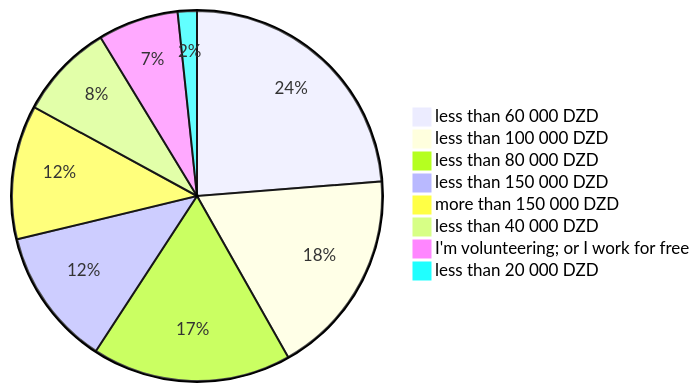
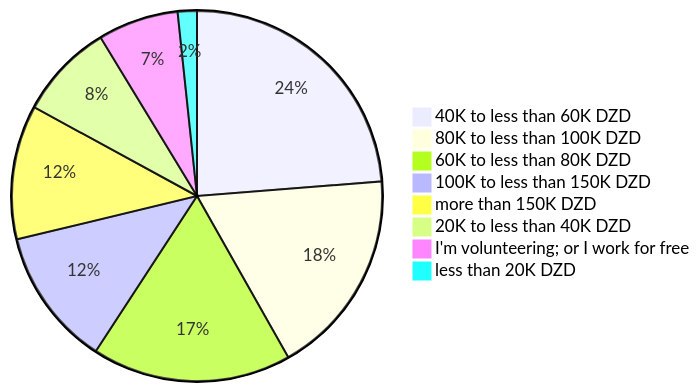
The first of 10 diagrams in website/docs/insights/remuneration.md (Fcmam5/state-of-dz-swe-2024), drawn with Mermaid before and after one commit. The commit also changed other lines of this file and 9 other files, not shown here.

````diff
--- a/website/docs/insights/remuneration.md
+++ b/website/docs/insights/remuneration.md
@@ -18,11 +18,11 @@
 ```mermaid
 pie
-    "less than 60 000 DZD" : 71
-    "less than 100 000 DZD" : 54
-    "less than 80 000 DZD" : 52
-    "less than 150 000 DZD" : 36
-    "more than 150 000 DZD" : 35
-    "less than 40 000 DZD" : 25
+    "40K to less than 60K DZD" : 71
+    "80K to less than 100K DZD" : 54
+    "60K to less than 80K DZD" : 52
+    "100K to less than 150K DZD" : 36
+    "more than 150K DZD" : 35
+    "20K to less than 40K DZD" : 25
     "I'm volunteering; or I work for free" : 21
-    "less than 20 000 DZD" : 5
+    "less than 20K DZD" : 5
 ```
````
